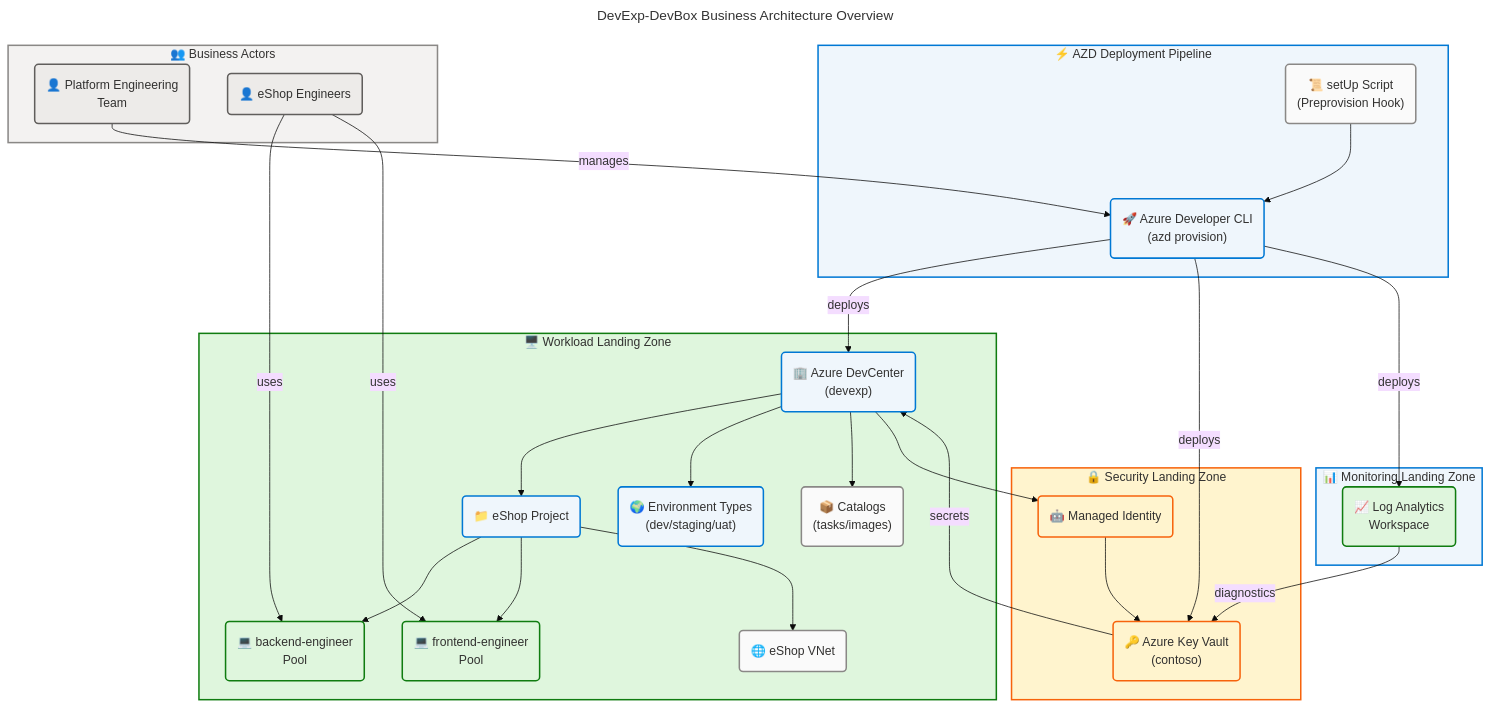
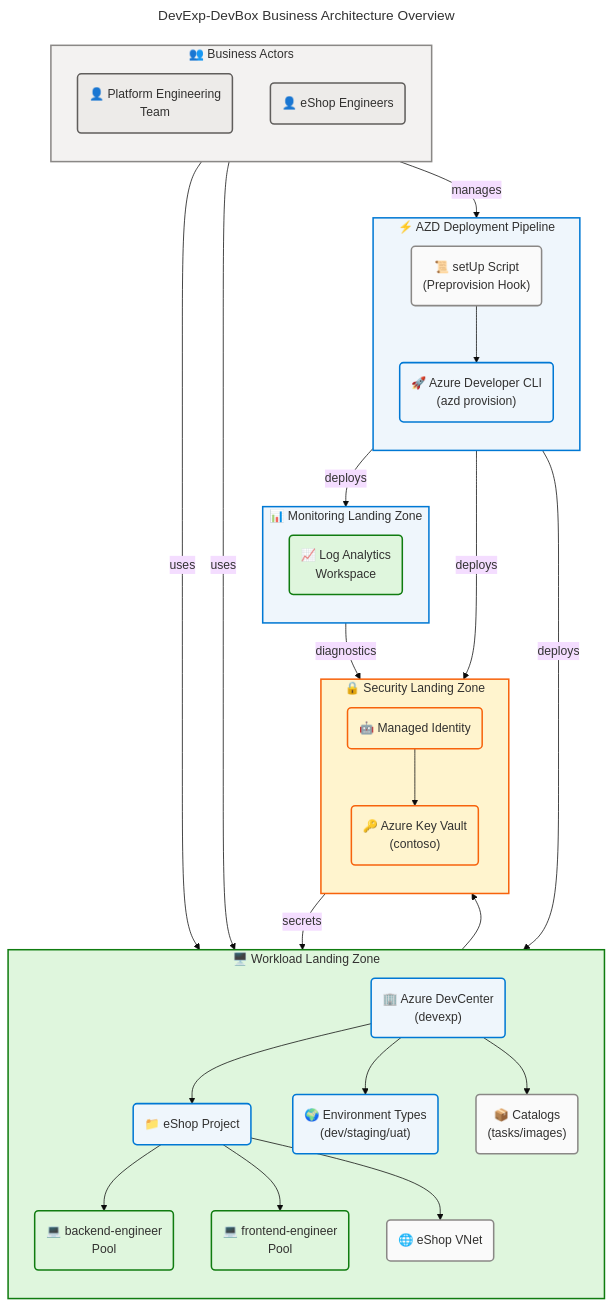
One commit to Evilazaro/DevExp-DevBox changed the second of 7 diagrams in docs/architecture/bus-arch.md. Above: the diagram before and after it, drawn with Mermaid.

Commit message:
fix: update flowchart layout in business architecture document for improved clarity

```diff
--- a/docs/architecture/bus-arch.md
+++ b/docs/architecture/bus-arch.md
@@ -317,16 +317,19 @@
     %% ═══════════════════════════════════════════════════════════════════════════
 
     subgraph actors["👥 Business Actors"]
+        direction TB
         PE("👤 Platform Engineering<br/>Team"):::role
         DEV("👤 eShop Engineers"):::role
     end
 
     subgraph pipeline["⚡ AZD Deployment Pipeline"]
+        direction TB
         AZD("🚀 Azure Developer CLI<br/>(azd provision)"):::core
         SETUP("📜 setUp Script<br/>(Preprovision Hook)"):::neutral
     end
 
     subgraph workload["🖥️ Workload Landing Zone"]
+        direction TB
         DC("🏢 Azure DevCenter<br/>(devexp)"):::core
         PROJ("📁 eShop Project"):::core
         POOL_BE("💻 backend-engineer<br/>Pool"):::success
@@ -337,11 +340,13 @@
     end
 
     subgraph security["🔒 Security Landing Zone"]
+        direction TB
         KV("🔑 Azure Key Vault<br/>(contoso)"):::warning
         MI("🤖 Managed Identity"):::warning
     end
 
     subgraph monitoring["📊 Monitoring Landing Zone"]
+        direction TB
         LA("📈 Log Analytics<br/>Workspace"):::success
     end
 
```
